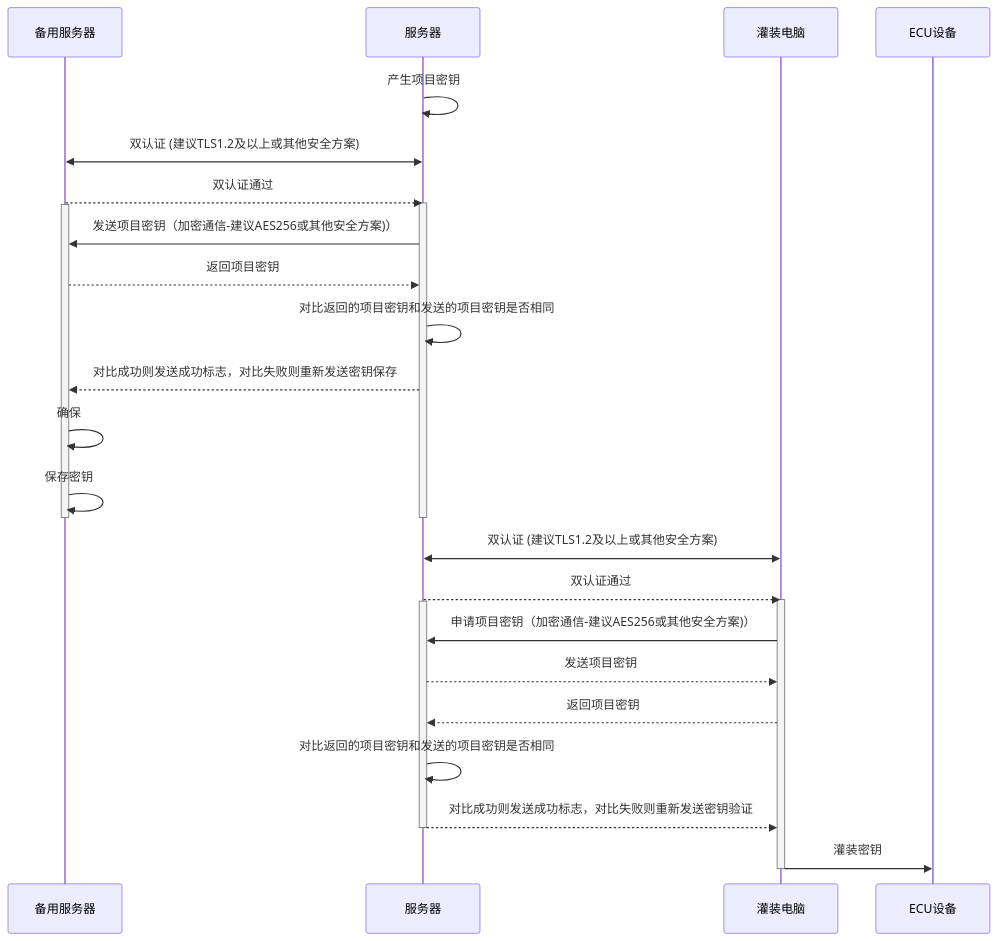
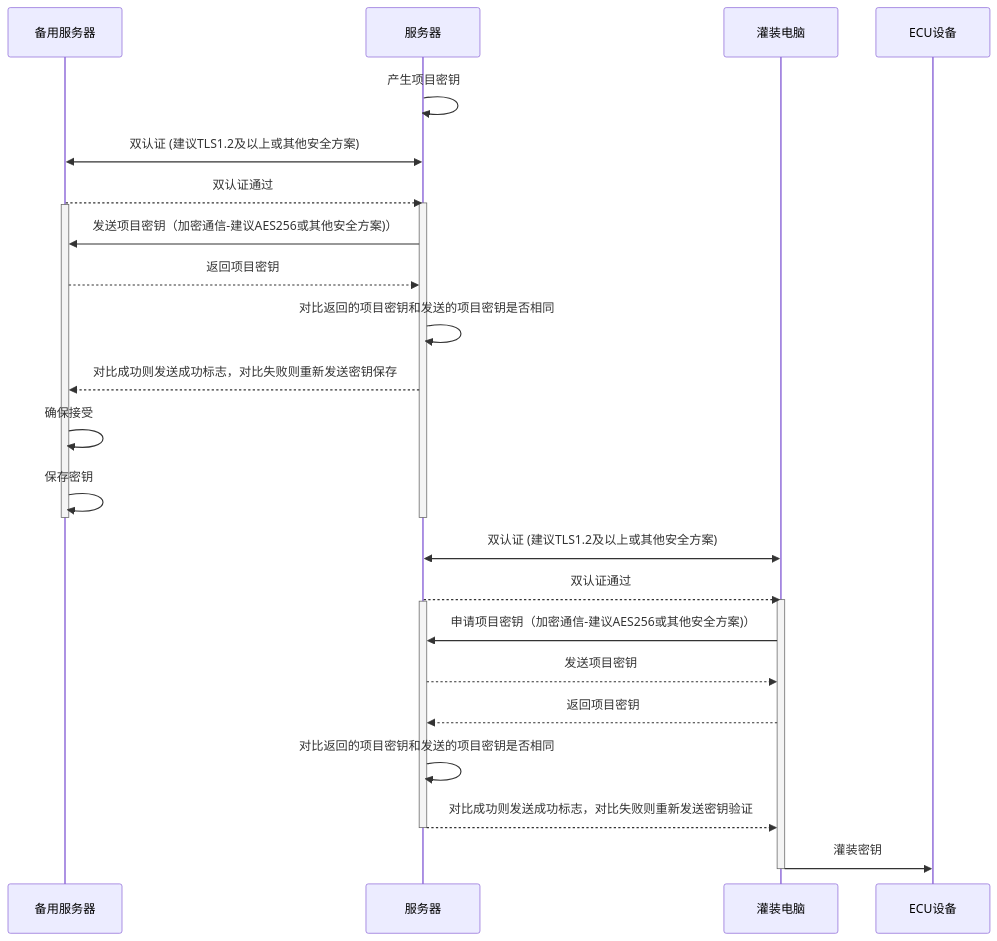
Before and after one commit to facebook-cloud/iodraw-files: the diagram in all/未命名-10.md, drawn with Mermaid.

Commit message:
2026-01-23 13:40:46 update

````diff
--- a/all/未命名-10.md
+++ b/all/未命名-10.md
@@ -1,36 +1,36 @@
 ```mermaid
 sequenceDiagram
     participant B as 备用服务器
     participant A as 服务器
     participant C as 灌装电脑
     participant D as ECU设备
 
     A->>A: 产生项目密钥
     A<<->>B: 双认证 (建议TLS1.2及以上或其他安全方案)
     B-->>A: 双认证通过
     activate A
     activate B
     A->>B: 发送项目密钥（加密通信-建议AES256或其他安全方案)）
     B-->>A: 返回项目密钥
 
     A->>A: 对比返回的项目密钥和发送的项目密钥是否相同
     A-->>B: 对比成功则发送成功标志，对比失败则重新发送密钥保存
-    B->>B: 确保
+    B->>B: 确保接受
     B->>B: 保存密钥
     deactivate B
     deactivate A
 
     C<<->>A: 双认证 (建议TLS1.2及以上或其他安全方案)
     A-->>C: 双认证通过
     activate C
     activate A
     C->>A: 申请项目密钥（加密通信-建议AES256或其他安全方案)）
     A-->>C: 发送项目密钥
     C-->>A: 返回项目密钥
     A->>A: 对比返回的项目密钥和发送的项目密钥是否相同
     A-->>C: 对比成功则发送成功标志，对比失败则重新发送密钥验证
     deactivate A
     C->>D: 灌装密钥
     deactivate C
 
 ```
````
